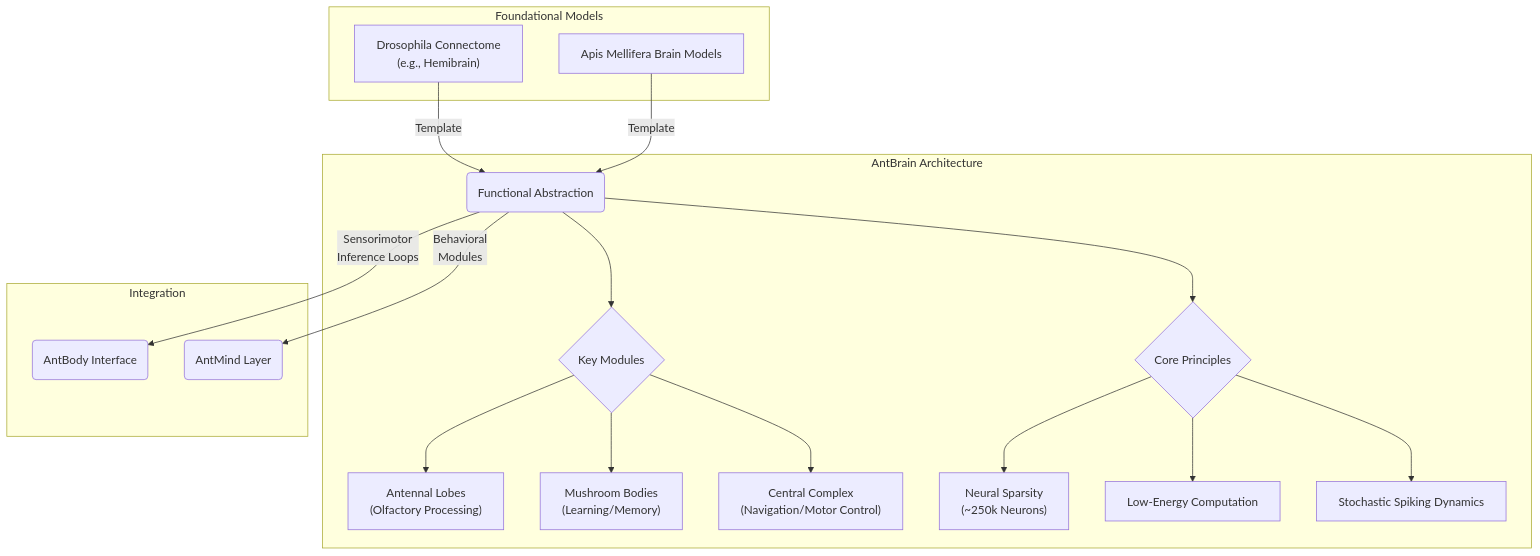
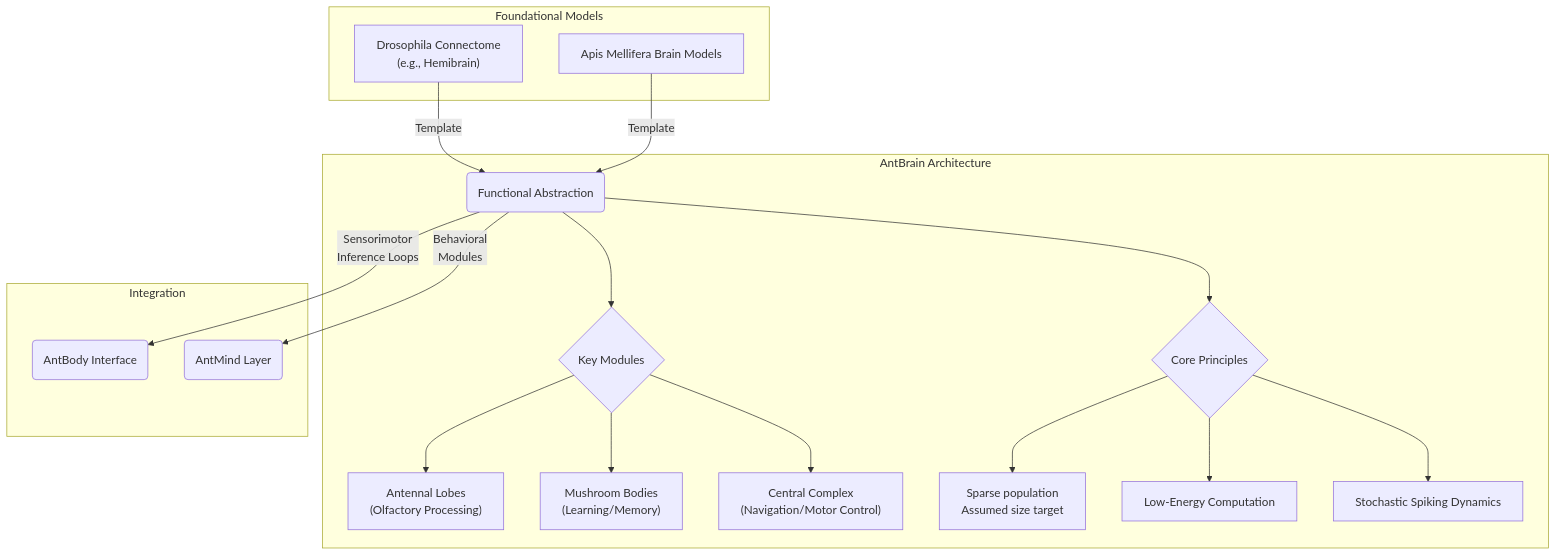
One commit to docxology/ant_stack changed the diagram in papers/ant_stack/AntBrain.md. Above: the diagram before and after it, drawn with Mermaid. The commit also changed other lines of this file and 254 other files, not shown here.

````diff
--- a/papers/ant_stack/AntBrain.md
+++ b/papers/ant_stack/AntBrain.md
@@ -7,28 +7,28 @@
 ```mermaid
 graph TD
     subgraph "Foundational Models"
         A["Drosophila Connectome<br/>(e.g., Hemibrain)"]
         B["Apis Mellifera Brain Models"]
     end
 
     subgraph "AntBrain Architecture"
         C(Functional Abstraction)
         A -- "Template" --> C
         B -- "Template" --> C
         
         C --> D{Key Modules}
         D --> E["Antennal Lobes<br/>(Olfactory Processing)"]
         D --> F["Mushroom Bodies<br/>(Learning/Memory)"]
         D --> G["Central Complex<br/>(Navigation/Motor Control)"]
 
         C --> H{Core Principles}
-        H --> I["Neural Sparsity<br/>(~250k Neurons)"]
+        H --> I["Sparse population<br/>Assumed size target"]
         H --> J["Low-Energy Computation"]
         H --> K["Stochastic Spiking Dynamics"]
     end
 
     subgraph "Integration"
         C -- "Sensorimotor<br/>Inference Loops" --> L(AntBody Interface)
         C -- "Behavioral<br/>Modules" --> M(AntMind Layer)
     end
 ```
````
